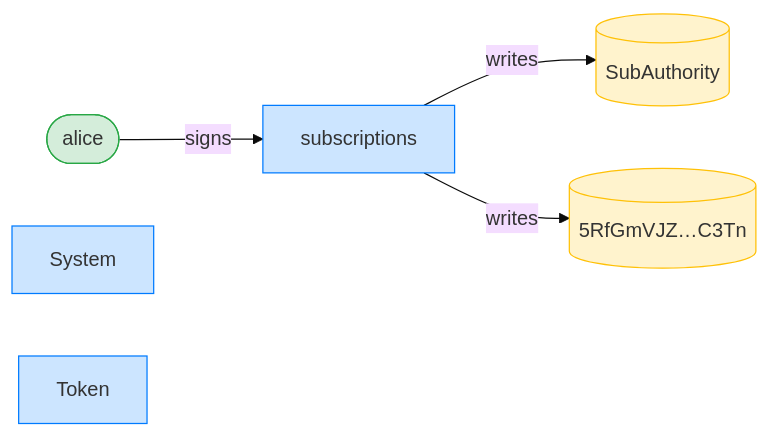
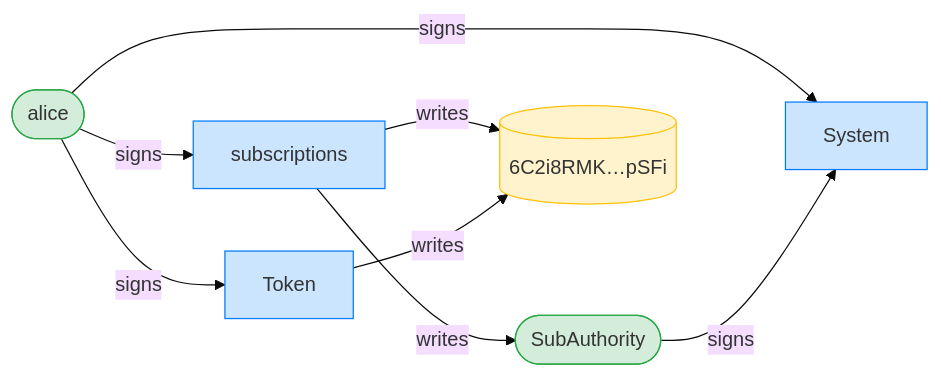
The third of 8 diagrams in dsl_tests/transfer-subscription--exceeding-the-period-limit-is-refused.md (cds-rs/subscriptions), drawn with Mermaid (base theme) before and after one commit. The commit also changed other lines of this file and 224 other files, not shown here.

````diff
--- a/dsl_tests/transfer-subscription--exceeding-the-period-limit-is-refused.md
+++ b/dsl_tests/transfer-subscription--exceeding-the-period-limit-is-refused.md
@@ -55,15 +56,19 @@
 ```mermaid
 flowchart LR
     classDef signer fill:#d4edda,stroke:#28a745;
     classDef program fill:#cce5ff,stroke:#007bff;
     classDef writable fill:#fff3cd,stroke:#ffc107;
     subscriptions[subscriptions]:::program
     alice([alice]):::signer
-    SubAuthority[(SubAuthority)]:::writable
-    5RfGmVJZ_C3Tn[("5RfGmVJZ…C3Tn")]:::writable
+    SubAuthority([SubAuthority]):::signer
+    6C2i8RMK_pSFi[("6C2i8RMK…pSFi")]:::writable
     System[System]:::program
     Token[Token]:::program
     alice -->|signs| subscriptions
+    alice -->|signs| System
+    SubAuthority -->|signs| System
+    alice -->|signs| Token
     subscriptions -->|writes| SubAuthority
-    subscriptions -->|writes| 5RfGmVJZ_C3Tn
+    subscriptions -->|writes| 6C2i8RMK_pSFi
+    Token -->|writes| 6C2i8RMK_pSFi
 ```
````
